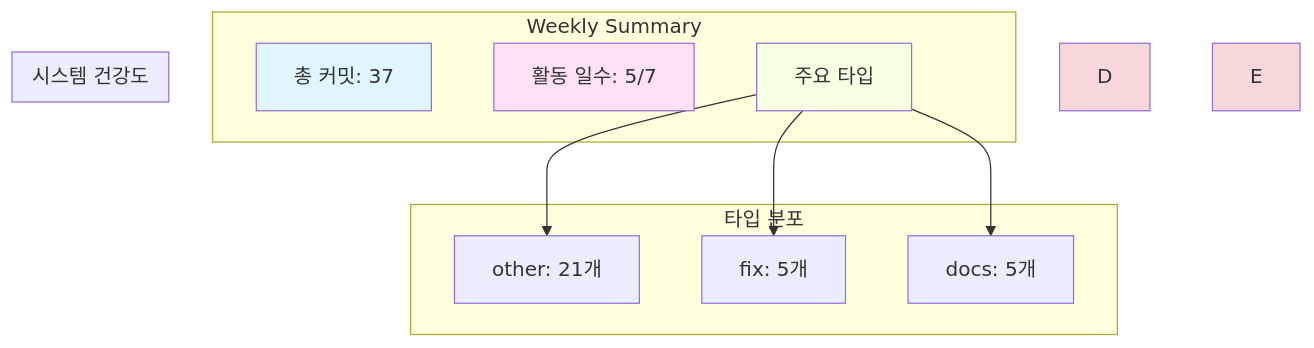
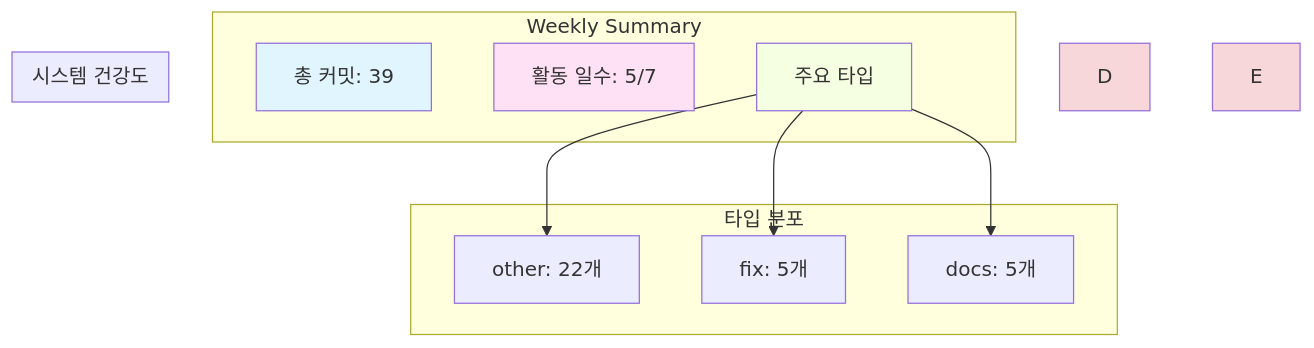
The diagram in Documents/DevLog/2025-W45-Summary.md (doppleddiggong/YiSan), drawn with Mermaid before and after one commit. The commit also changed other lines of this file, not shown here.

````diff
--- a/Documents/DevLog/2025-W45-Summary.md
+++ b/Documents/DevLog/2025-W45-Summary.md
@@ -226,35 +226,35 @@
 ```mermaid
 graph TB
     subgraph "Weekly Summary"
-        A[총 커밋: 37]
+        A[총 커밋: 39]
         B[활동 일수: 5/7]
         C[주요 타입]
     end
 
     subgraph "타입 분포"
     
     
-        C --> OTHER[other: 21개]
+        C --> OTHER[other: 22개]
     
         C --> FIX[fix: 5개]
     
         C --> DOCS[docs: 5개]
     
     
     end
 
     subgraph "시스템 건강도"
     
     
     end
 
     style A fill:#e1f5ff
     style B fill:#ffe1f5
     style C fill:#f5ffe1
     
     style D fill:#f8d7da
     
     
     style E fill:#f8d7da
     
 ```
````
